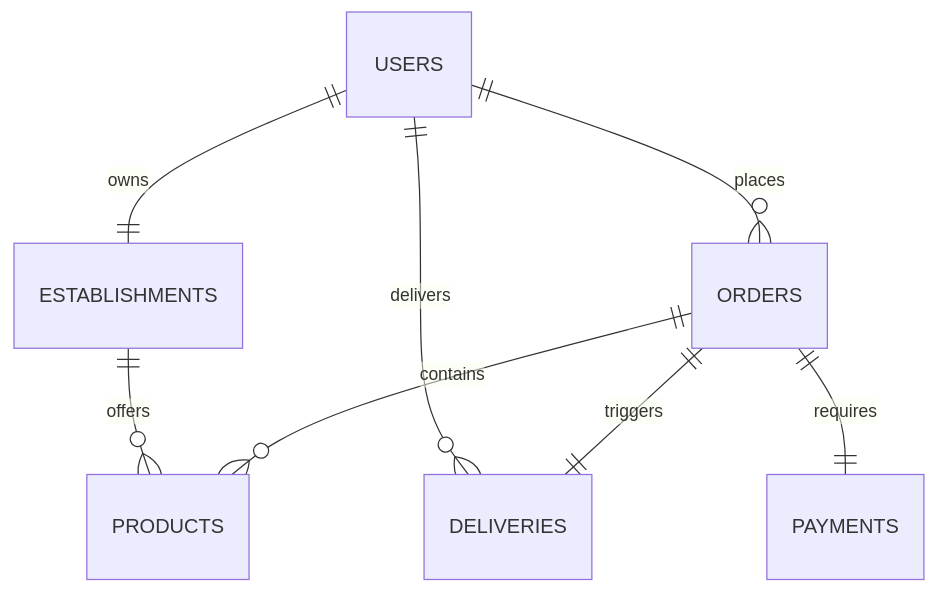
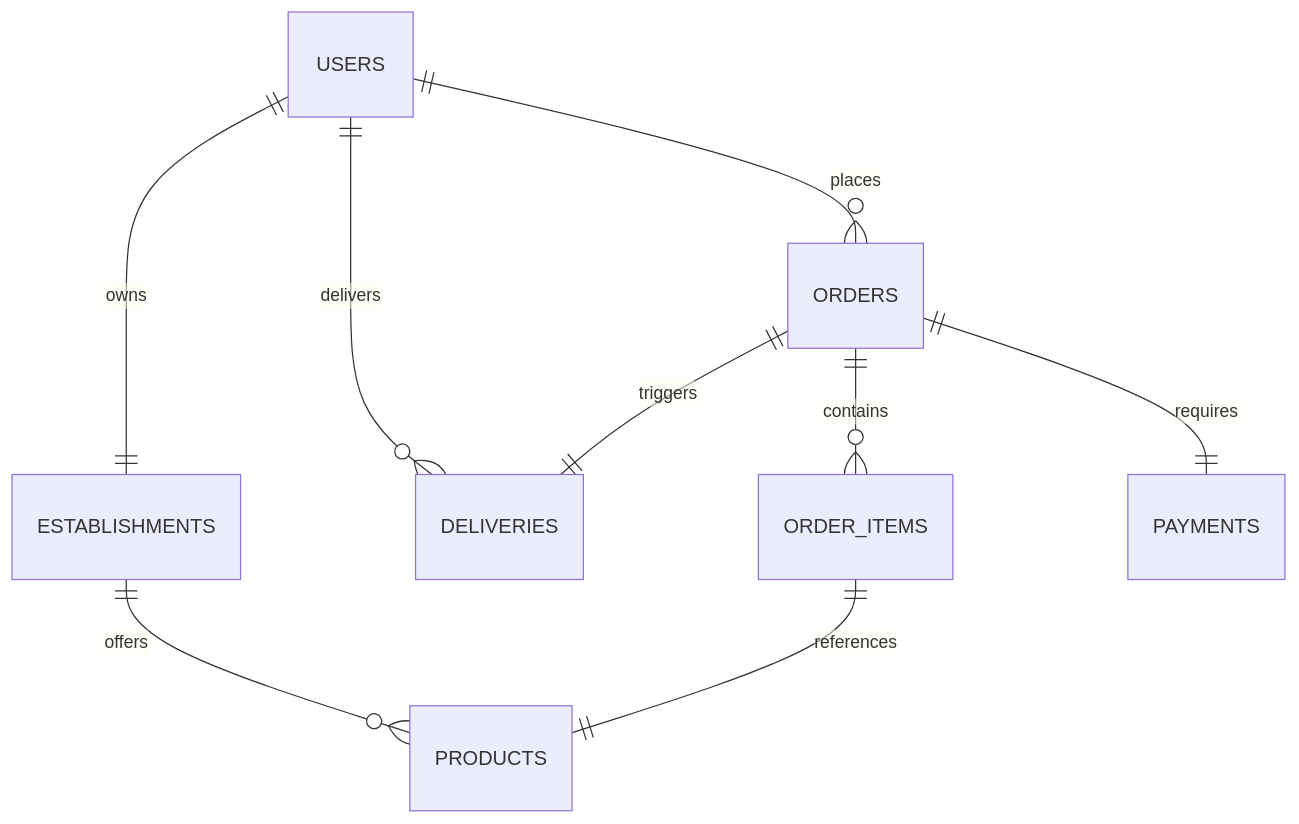
The second of 2 diagrams in docs/en/ARCHITECTURE.md (DessimA/delivery_system), drawn with Mermaid before and after one commit. The commit also changed other lines of this file and 21 other files, not shown here.

````diff
--- a/docs/en/ARCHITECTURE.md
+++ b/docs/en/ARCHITECTURE.md
@@ -59,10 +70,11 @@
 ```mermaid
 erDiagram
     USERS ||--|| ESTABLISHMENTS : owns
     USERS ||--o{ ORDERS : places
     USERS ||--o{ DELIVERIES : delivers
     ESTABLISHMENTS ||--o{ PRODUCTS : offers
-    ORDERS ||--o{ PRODUCTS : contains
+    ORDERS ||--o{ ORDER_ITEMS : contains
+    ORDER_ITEMS ||--|| PRODUCTS : references
     ORDERS ||--|| DELIVERIES : triggers
     ORDERS ||--|| PAYMENTS : requires
 ```
````
